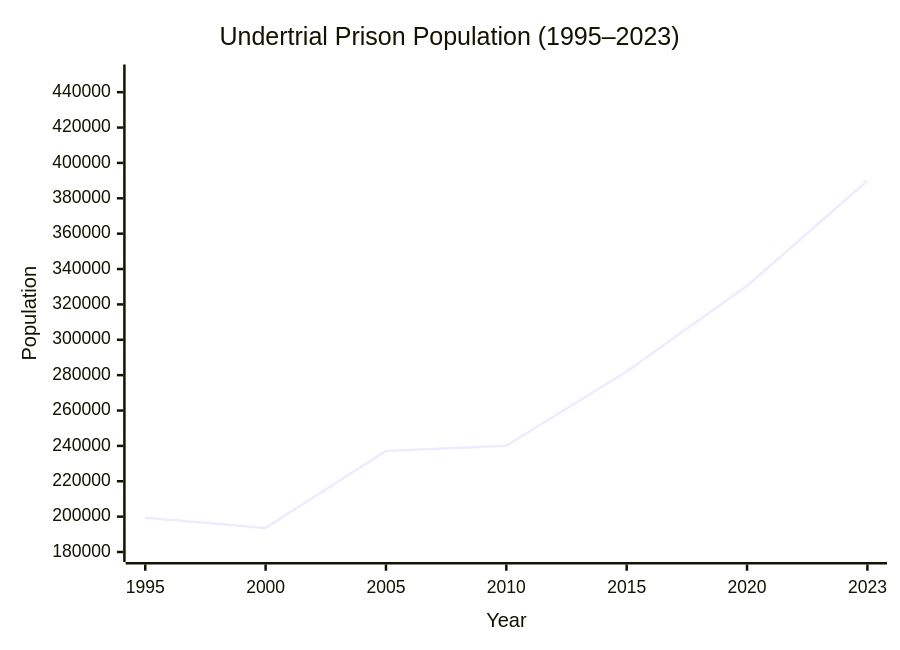
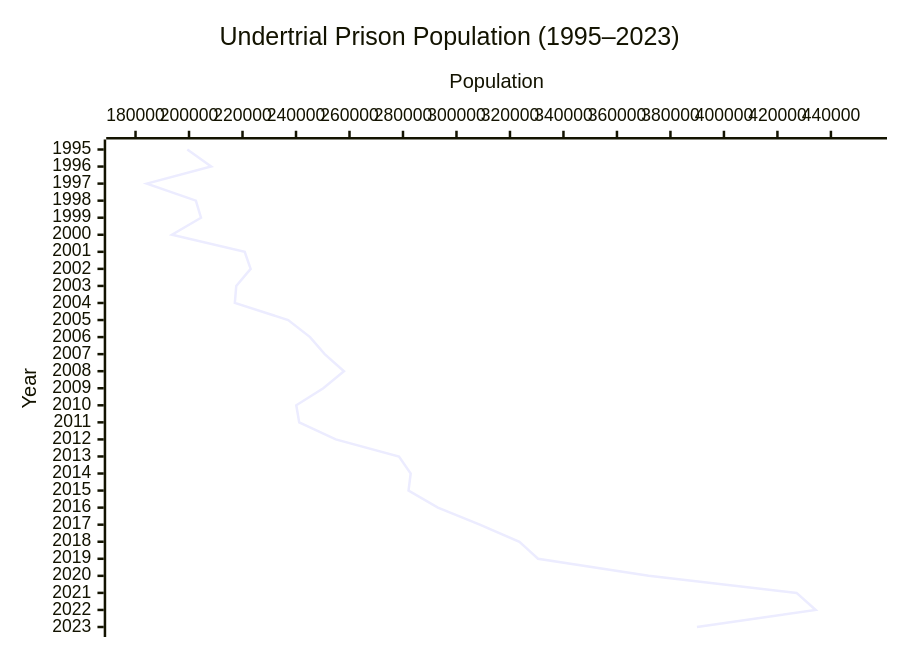
The first of 4 diagrams in README.md (prakhar-quant/demo-), drawn with Mermaid before and after one commit. The commit also changed other lines of this file, not shown here.

````diff
--- a/README.md
+++ b/README.md
@@ -32,7 +34,7 @@
 ```mermaid
-xychart-beta
+xychart-beta horizontal
     title "Undertrial Prison Population (1995–2023)"
-    x-axis "Year" [1995, 2000, 2005, 2010, 2015, 2020, 2023]
+    x-axis "Year" [1995, 1996, 1997, 1998, 1999, 2000, 2001, 2002, 2003, 2004, 2005, 2006, 2007, 2008, 2009, 2010, 2011, 2012, 2013, 2014, 2015, 2016, 2017, 2018, 2019, 2020, 2021, 2022, 2023]
     y-axis "Population" 180000 --> 450000
-    line [199359, 193627, 237076, 240098, 282076, 330487, 389910]
+    line [199359, 208269, 184247, 202564, 204480, 193627, 220817, 223038, 217658, 217130, 237076, 245244, 250727, 257928, 250204, 240098, 241200, 254857, 278503, 282879, 282076, 293058, 308718, 323537, 330487, 371848, 427165, 434302, 389910]
 ```
````
